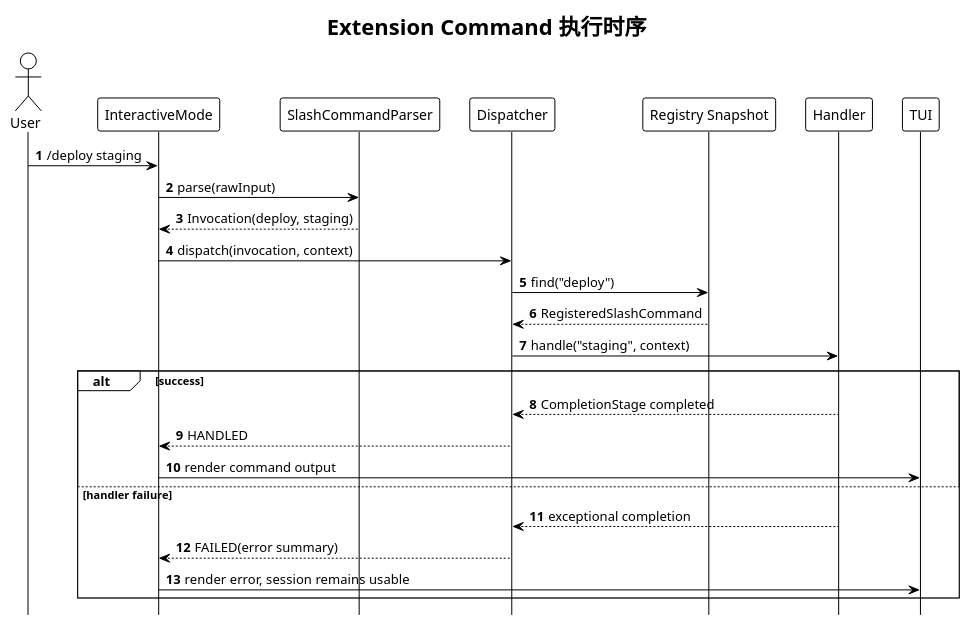
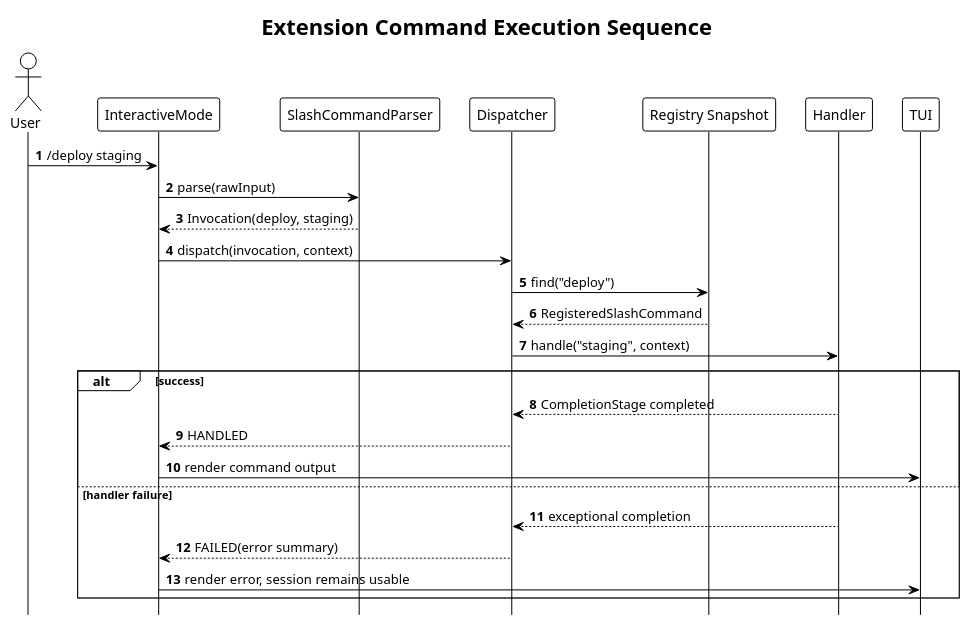
Diagram 11 of 20 in diagrams/extension-command/diagram.puml (superheromeZzh/pi-mono-java-design), drawn with PlantUML before and after one commit. The commit also changed other lines of this file and 48 other files, not shown here.

Commit message:
docs: require English PlantUML diagrams

```diff
--- a/diagrams/extension-command/diagram.puml
+++ b/diagrams/extension-command/diagram.puml
@@ -394,38 +394,38 @@
 @startuml 11-execution-sequence
 ' pi source: packages/coding-agent/src/core/agent-session.ts:1138-1165
 ' pi source: packages/coding-agent/src/core/extensions/runner.ts:688-724
 ' Design reason: normalize parsing, registry lookup, context creation, async failure isolation, and TUI rendering.
 !theme plain
 !pragma layout smetana
-skinparam defaultFontName "PingFang SC"
+skinparam defaultFontName "SansSerif"
 skinparam shadowing false
 skinparam backgroundColor transparent
 hide footbox
 autonumber
-title Extension Command 执行时序
+title Extension Command Execution Sequence
 
 actor User as U
 participant InteractiveMode as I
 participant SlashCommandParser as P
 participant Dispatcher as D
 participant "Registry Snapshot" as R
 participant Handler as H
 participant TUI as T
 
 U -> I : /deploy staging
 I -> P : parse(rawInput)
 P --> I : Invocation(deploy, staging)
 I -> D : dispatch(invocation, context)
 D -> R : find("deploy")
 R --> D : RegisteredSlashCommand
 D -> H : handle("staging", context)
 alt success
   H --> D : CompletionStage completed
   D --> I : HANDLED
   I -> T : render command output
 else handler failure
   H --> D : exceptional completion
   D --> I : FAILED(error summary)
   I -> T : render error, session remains usable
 end
 @enduml
```
